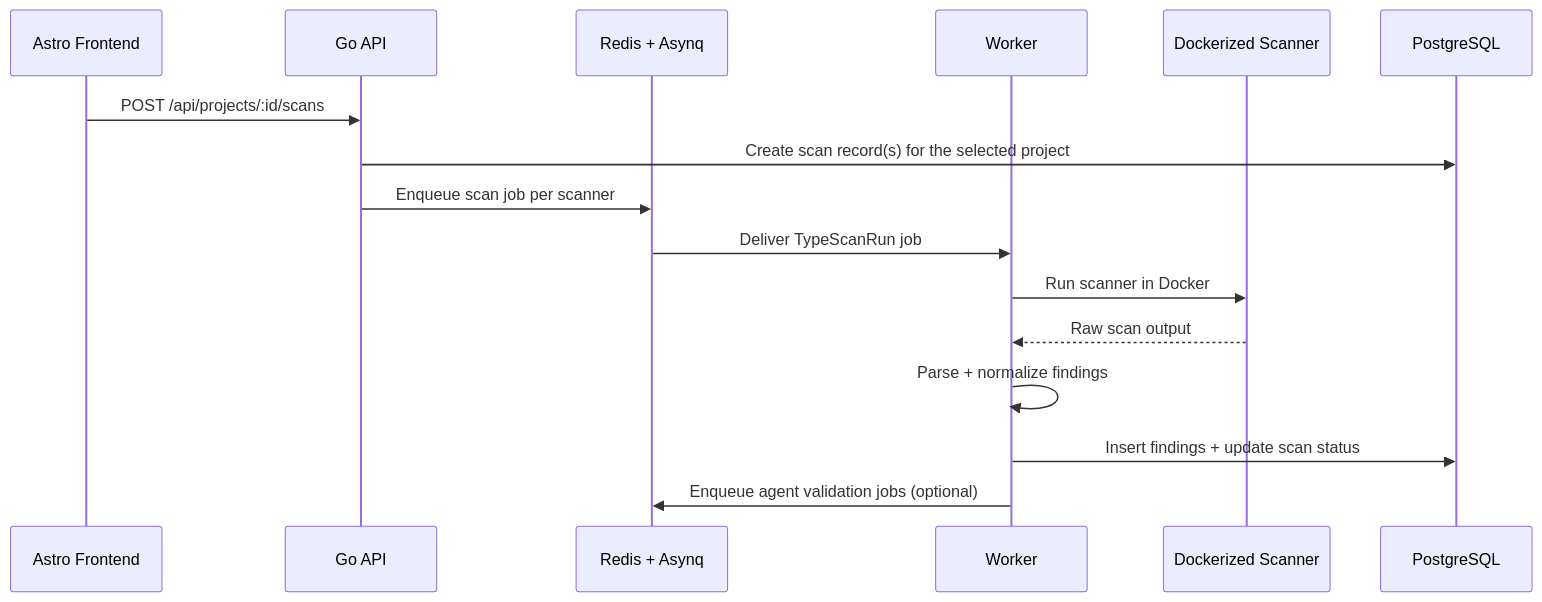
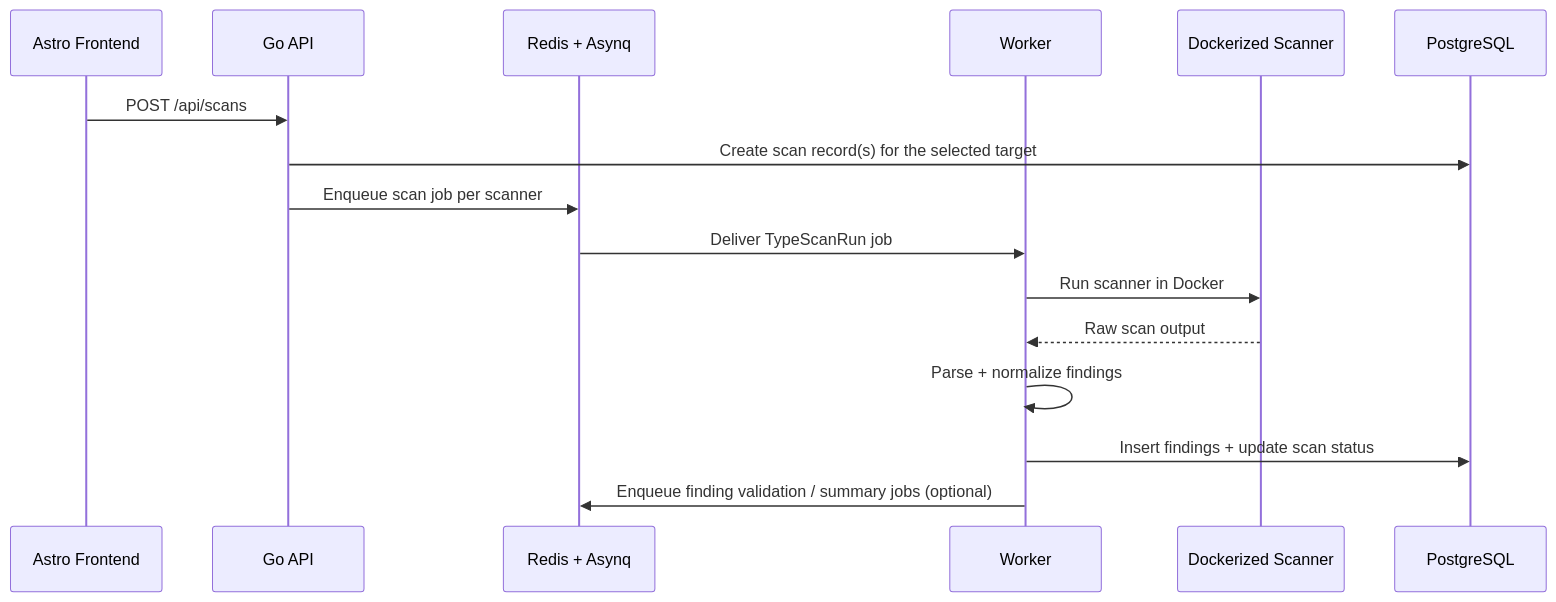
The third of 4 diagrams in README.md (Dyallab/HenKaiPan), drawn with Mermaid before and after one commit. The commit also changed other lines of this file and 45 other files, not shown here.

````diff
--- a/README.md
+++ b/README.md
@@ -92,19 +104,19 @@
 ```mermaid
 sequenceDiagram
     participant Frontend as Astro Frontend
     participant API as Go API
     participant Queue as Redis + Asynq
     participant Worker as Worker
     participant Scanner as Dockerized Scanner
     participant DB as PostgreSQL
 
-    Frontend->>API: POST /api/projects/:id/scans
-    API->>DB: Create scan record(s) for the selected project
+    Frontend->>API: POST /api/scans
+    API->>DB: Create scan record(s) for the selected target
     API->>Queue: Enqueue scan job per scanner
     Queue->>Worker: Deliver TypeScanRun job
     Worker->>Scanner: Run scanner in Docker
     Scanner-->>Worker: Raw scan output
     Worker->>Worker: Parse + normalize findings
     Worker->>DB: Insert findings + update scan status
-    Worker->>Queue: Enqueue agent validation jobs (optional)
+    Worker->>Queue: Enqueue finding validation / summary jobs (optional)
 ```
````
